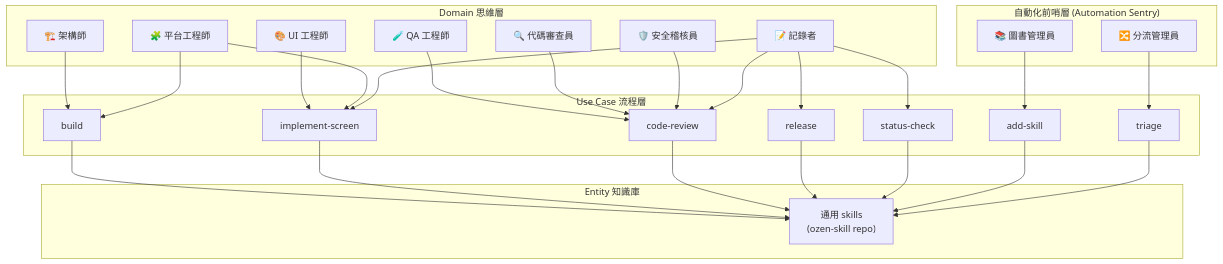
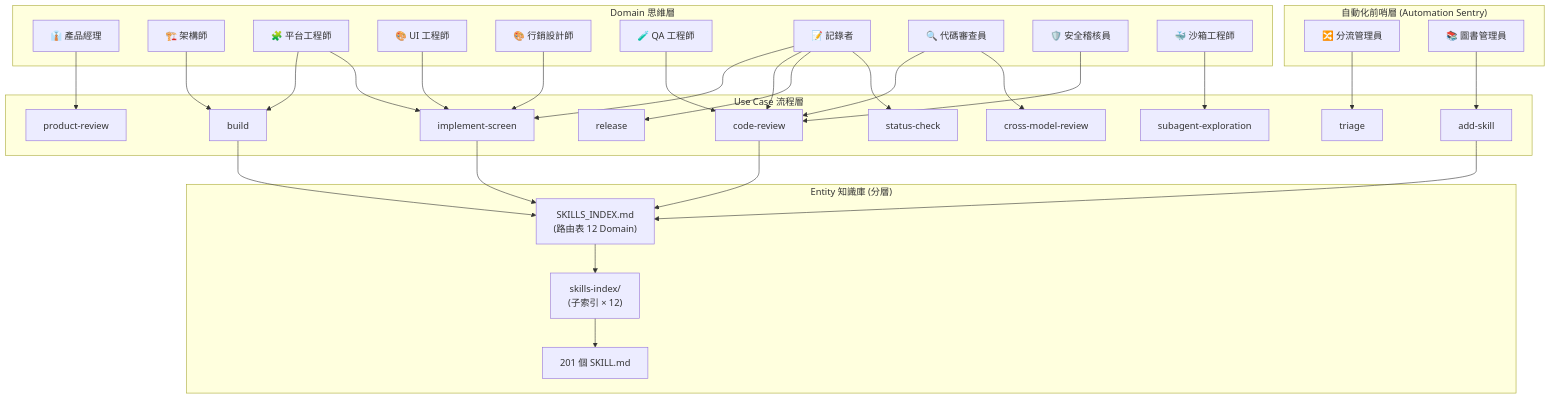
Before and after one commit to KaungLong/ozen-skill: the first of 2 diagrams in TEAM.md, drawn with Mermaid. The commit also changed other lines of this file and 15 other files, not shown here.

First line of the commit message:
fix: resolve 5 architecture issues (ghost registry, ozen.md split, role slimming)

````diff
--- a/TEAM.md
+++ b/TEAM.md
@@ -15,53 +15,63 @@
 ```mermaid
 graph TB
     subgraph "自動化前哨層 (Automation Sentry)"
         TRIAGE["🔀 分流管理員"]
         LIB["📚 圖書管理員"]
     end
 
     subgraph "Domain 思維層"
+        PM["👔 產品經理"]
         ARCH["🏗️ 架構師"]
         PLAT["🧩 平台工程師"]
         UI["🎨 UI 工程師"]
+        MKT["🎨 行銷設計師"]
         QA["🧪 QA 工程師"]
         REC["📝 記錄者"]
         CR["🔍 代碼審查員"]
         SEC["🛡️ 安全稽核員"]
+        SAND["🐳 沙箱工程師"]
     end
 
     subgraph "Use Case 流程層"
         W1["build"]
         W2["implement-screen"]
         W3["code-review"]
         W4["release"]
         W5["status-check"]
         W6["add-skill"]
         W7["triage"]
+        W8["product-review"]
+        W9["cross-model-review"]
+        W10["subagent-exploration"]
     end
 
-    subgraph "Entity 知識庫"
-        SK["通用 skills<br/>(ozen-skill repo)"]
+    subgraph "Entity 知識庫 (分層)"
+        IDX["SKILLS_INDEX.md<br/>(路由表 12 Domain)"]
+        SUB["skills-index/<br/>(子索引 × 12)"]
+        SK["201 個 SKILL.md"]
+        IDX --> SUB --> SK
     end
 
     TRIAGE --> W7
     LIB --> W6
+    PM --> W8
     ARCH --> W1
     PLAT --> W1
     UI --> W2
+    MKT --> W2
     PLAT --> W2
     QA --> W3
     CR --> W3
+    CR --> W9
     SEC --> W3
+    SAND --> W10
     REC --> W2
     REC --> W3
     REC --> W4
     REC --> W5
 
-    W1 --> SK
-    W2 --> SK
-    W3 --> SK
-    W4 --> SK
-    W5 --> SK
-    W6 --> SK
-    W7 --> SK
+    W1 --> IDX
+    W2 --> IDX
+    W3 --> IDX
+    W6 --> IDX
 ```
````
